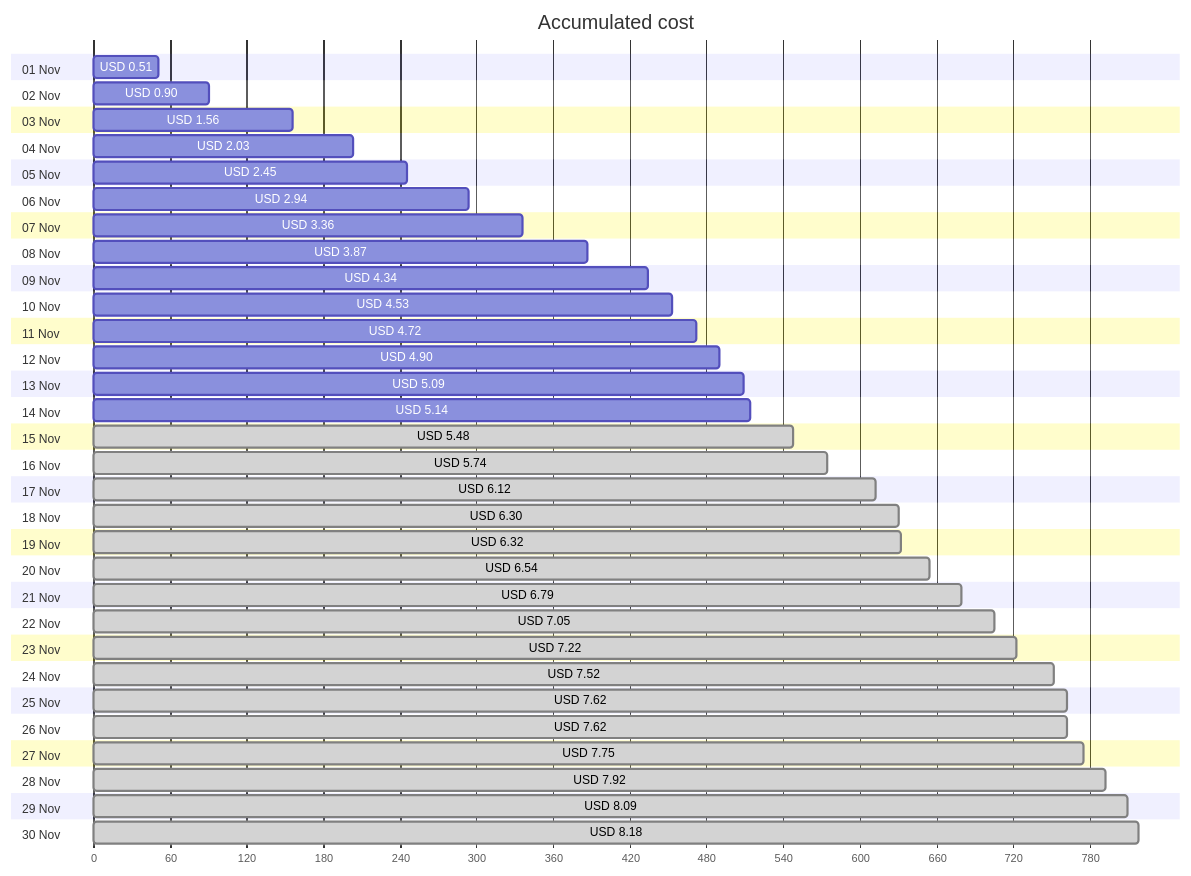
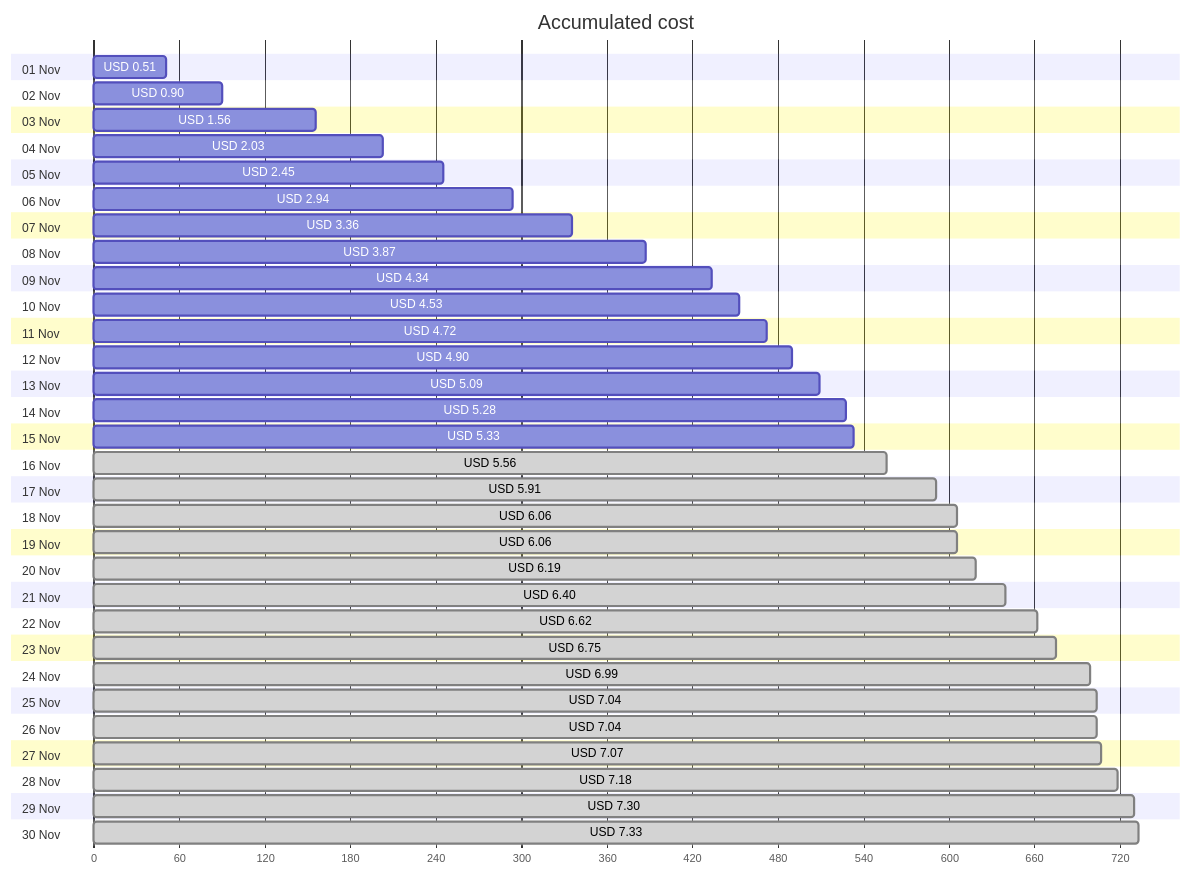
Before and after one commit to jpfulton/azure-personal-reports: the first of 4 diagrams in cost-reports/personal-network/vpn-server.md, drawn with Mermaid. The commit also changed other lines of this file and 8 other files, not shown here.

````diff
--- a/cost-reports/personal-network/vpn-server.md
+++ b/cost-reports/personal-network/vpn-server.md
@@ -20,66 +20,66 @@
 ```mermaid
 gantt
    title Accumulated cost
    dateFormat  X
    axisFormat %s
    section 01 Nov
    USD 0.51 :0, 51
    section 02 Nov
    USD 0.90 :0, 90
    section 03 Nov
    USD 1.56 :0, 156
    section 04 Nov
    USD 2.03 :0, 203
    section 05 Nov
    USD 2.45 :0, 245
    section 06 Nov
    USD 2.94 :0, 294
    section 07 Nov
    USD 3.36 :0, 336
    section 08 Nov
    USD 3.87 :0, 387
    section 09 Nov
    USD 4.34 :0, 434
    section 10 Nov
    USD 4.53 :0, 453
    section 11 Nov
    USD 4.72 :0, 472
    section 12 Nov
    USD 4.90 :0, 490
    section 13 Nov
    USD 5.09 :0, 509
    section 14 Nov
-   USD 5.14 :0, 514
+   USD 5.28 :0, 528
    section 15 Nov
-   USD 5.48 : done, 0, 548
+   USD 5.33 :0, 533
    section 16 Nov
-   USD 5.74 : done, 0, 574
+   USD 5.56 : done, 0, 556
    section 17 Nov
-   USD 6.12 : done, 0, 612
+   USD 5.91 : done, 0, 591
    section 18 Nov
-   USD 6.30 : done, 0, 630
+   USD 6.06 : done, 0, 606
    section 19 Nov
-   USD 6.32 : done, 0, 632
+   USD 6.06 : done, 0, 606
    section 20 Nov
-   USD 6.54 : done, 0, 654
+   USD 6.19 : done, 0, 619
    section 21 Nov
-   USD 6.79 : done, 0, 679
+   USD 6.40 : done, 0, 640
    section 22 Nov
-   USD 7.05 : done, 0, 705
+   USD 6.62 : done, 0, 662
    section 23 Nov
-   USD 7.22 : done, 0, 722
+   USD 6.75 : done, 0, 675
    section 24 Nov
-   USD 7.52 : done, 0, 752
+   USD 6.99 : done, 0, 699
    section 25 Nov
-   USD 7.62 : done, 0, 762
+   USD 7.04 : done, 0, 704
    section 26 Nov
-   USD 7.62 : done, 0, 762
+   USD 7.04 : done, 0, 704
    section 27 Nov
-   USD 7.75 : done, 0, 775
+   USD 7.07 : done, 0, 707
    section 28 Nov
-   USD 7.92 : done, 0, 792
+   USD 7.18 : done, 0, 718
    section 29 Nov
-   USD 8.09 : done, 0, 809
+   USD 7.30 : done, 0, 730
    section 30 Nov
-   USD 8.18 : done, 0, 818
+   USD 7.33 : done, 0, 733
 ```
````
